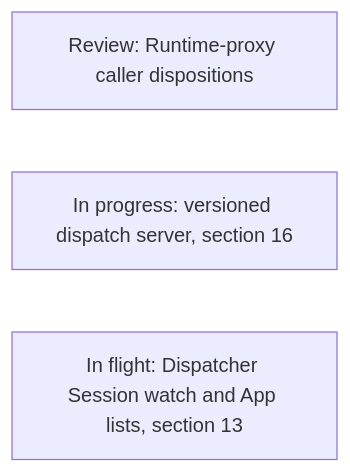
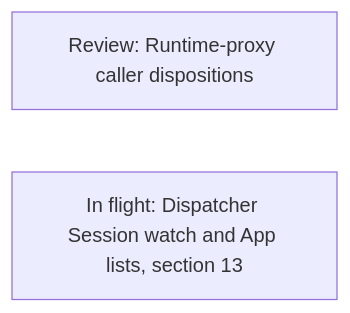
Before and after one commit to agentydragon/ducktape: the first of 20 diagrams in agentplane/plans/task_dag.md, drawn with Mermaid. The commit also changed other lines of this file and 22 other files, not shown here.

````diff
--- a/agentplane/plans/task_dag.md
+++ b/agentplane/plans/task_dag.md
@@ -206,6 +206,5 @@
 ```mermaid
 flowchart LR
     RUNTIME_PROXY_CALLER_AUDIT[Review: Runtime-proxy caller dispositions]
-    DISPATCHER_WATCH_RESUMABLE_SERVER[In progress: versioned dispatch server, section 16]
     DISPATCHER_SESSION_WATCH[In flight: Dispatcher Session watch and App lists, section 13]
 ```
````
